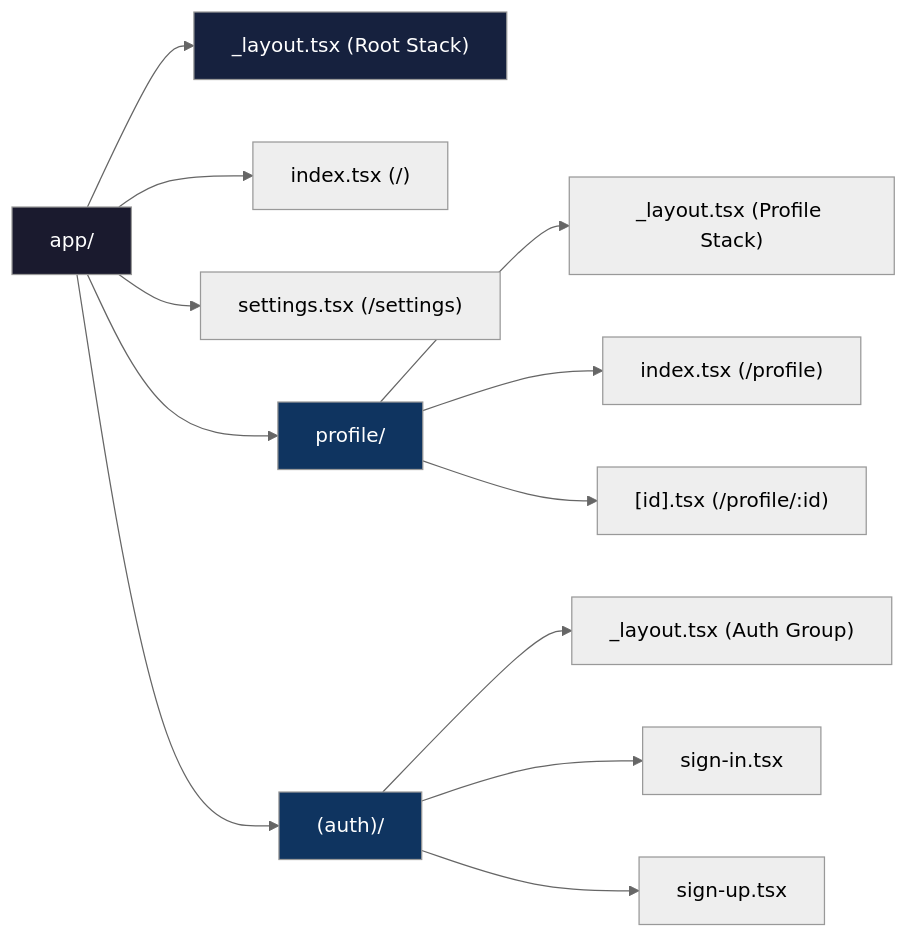
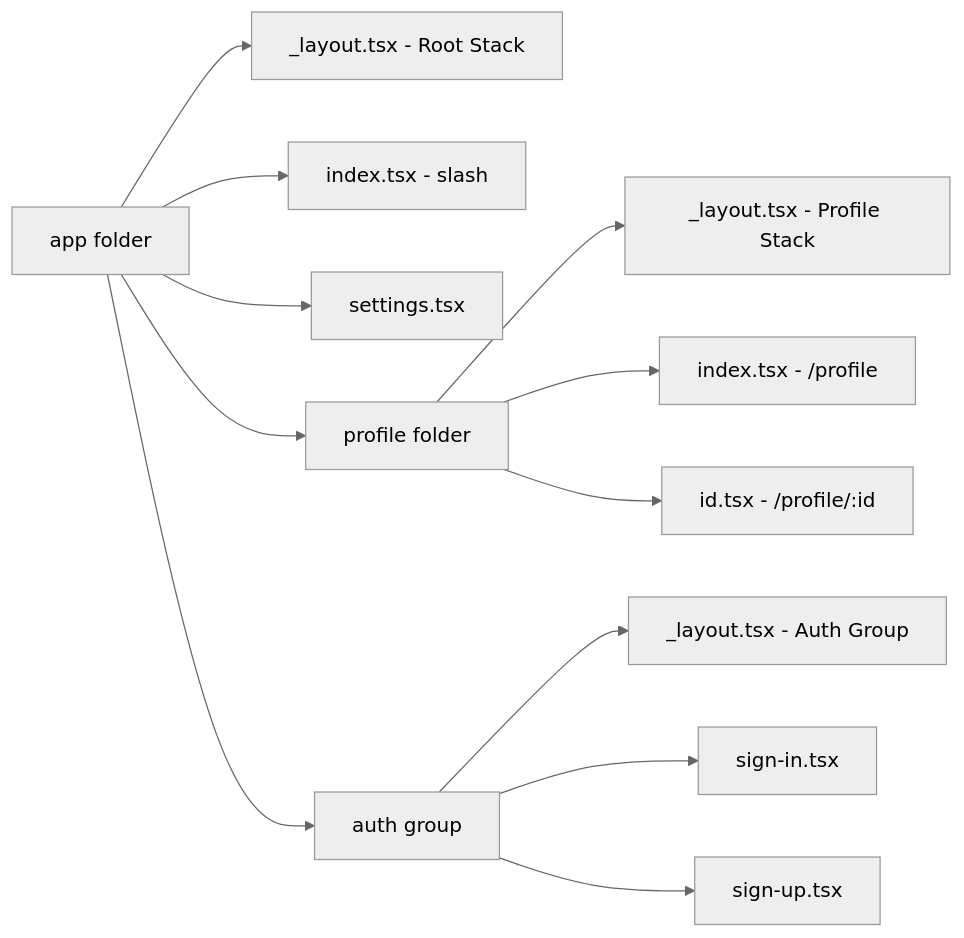
One commit to BabaScience/react-guides changed the sixth of 8 diagrams in arguments/chapters/rn-06-navigation.md. Above: the diagram before and after it, drawn with Mermaid (neutral theme). The commit also changed other lines of this file and 63 other files, not shown here.

First line of the commit message:
Enrich React Native roadmap with deeper content, visuals, and FR/IT translations

````diff
--- a/arguments/chapters/rn-06-navigation.md
+++ b/arguments/chapters/rn-06-navigation.md
@@ -334,19 +520,14 @@
 ```mermaid
 graph LR
-    A["app/"] --> B["_layout.tsx (Root Stack)"]
-    A --> C["index.tsx (/)"]
-    A --> D["settings.tsx (/settings)"]
-    A --> E["profile/"]
-    A --> F["(auth)/"]
-    E --> G["_layout.tsx (Profile Stack)"]
-    E --> H["index.tsx (/profile)"]
-    E --> I["[id].tsx (/profile/:id)"]
-    F --> J["_layout.tsx (Auth Group)"]
-    F --> K["sign-in.tsx"]
-    F --> L["sign-up.tsx"]
-
-    style A fill:#1a1a2e,color:#fff
-    style B fill:#16213e,color:#fff
-    style E fill:#0f3460,color:#fff
-    style F fill:#0f3460,color:#fff
+    A[app folder] --> B[_layout.tsx - Root Stack]
+    A --> C[index.tsx - slash]
+    A --> D[settings.tsx]
+    A --> E[profile folder]
+    A --> F[auth group]
+    E --> G[_layout.tsx - Profile Stack]
+    E --> H[index.tsx - /profile]
+    E --> I[id.tsx - /profile/:id]
+    F --> J[_layout.tsx - Auth Group]
+    F --> K[sign-in.tsx]
+    F --> L[sign-up.tsx]
 ```
````
